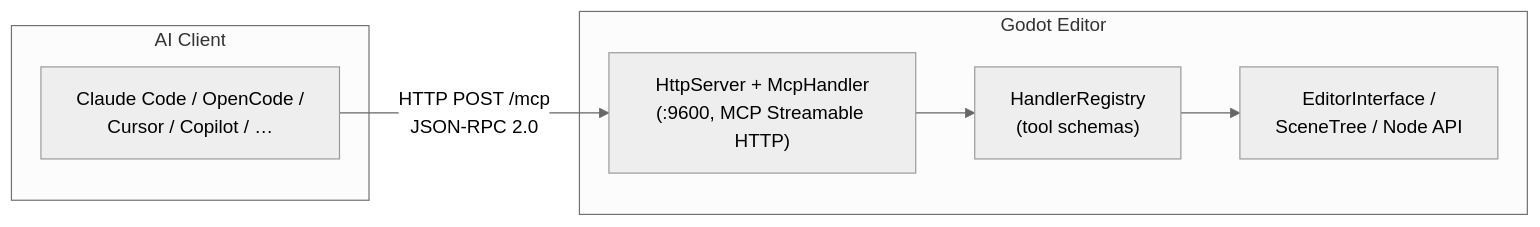
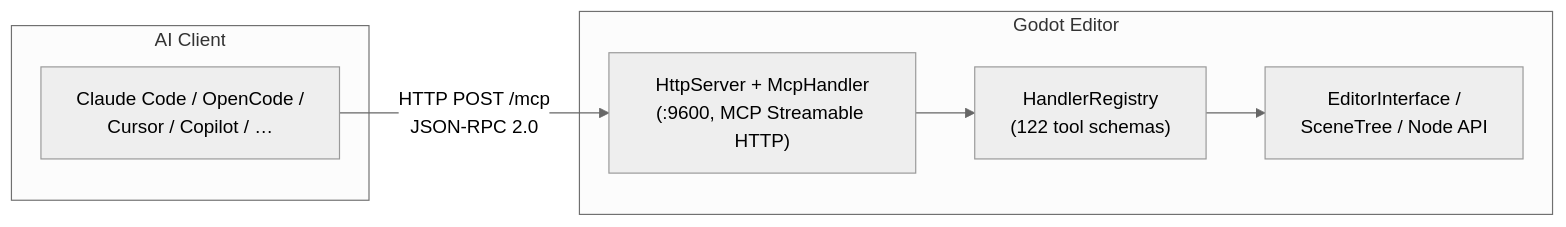
Before and after one commit to jesspig/GodotMCP-GDExtension: the diagram in README.md, drawn with Mermaid (neutral theme). The commit also changed other lines of this file and 2 other files, not shown here.

````diff
--- a/README.md
+++ b/README.md
@@ -13,16 +13,16 @@
 ```mermaid
 graph LR
     subgraph AI["AI Client"]
         Client["Claude Code / OpenCode /<br/>Cursor / Copilot / …"]
     end
 
     subgraph GodotProc["Godot Editor"]
         HTTP["HttpServer + McpHandler<br/>(:9600, MCP Streamable HTTP)"]
-        Registry["HandlerRegistry<br/>(tool schemas)"]
+        Registry["HandlerRegistry<br/>(122 tool schemas)"]
         Editor["EditorInterface /<br/>SceneTree / Node API"]
     end
 
     Client -->|HTTP POST /mcp<br/>JSON-RPC 2.0| HTTP
     HTTP --> Registry
     Registry --> Editor
 ```
````
